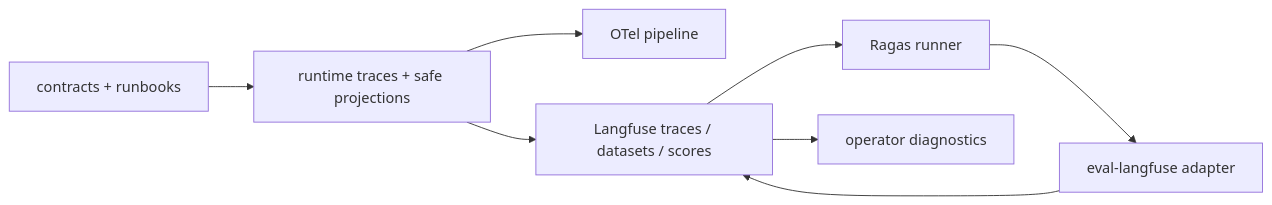
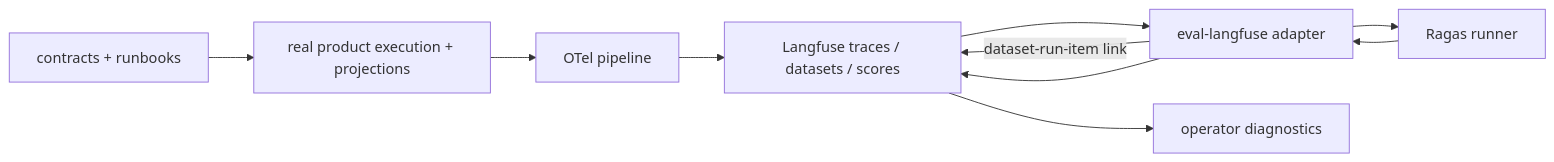
Before and after one commit to Luxfeier22331/campus-agent-main: the fifth of 5 diagrams in docs/architecture/flows.md, drawn with Mermaid. The commit also changed other lines of this file and 885 other files, not shown here.

````diff
--- a/docs/architecture/flows.md
+++ b/docs/architecture/flows.md
@@ -137,18 +137,20 @@
 ```mermaid
 flowchart LR
-  Runtime["runtime traces + safe projections"]
+  Runtime["real product execution + projections"]
   OTel["OTel pipeline"]
   Langfuse["Langfuse traces / datasets / scores"]
   Ragas["Ragas runner"]
   EvalAdapter["eval-langfuse adapter"]
   Operator["operator diagnostics"]
   Docs["contracts + runbooks"]
 
   Runtime --> OTel
-  Runtime --> Langfuse
-  Langfuse --> Ragas
+  OTel --> Langfuse
+  Langfuse --> EvalAdapter
+  EvalAdapter -->|dataset-run-item link| Langfuse
+  EvalAdapter --> Ragas
   Ragas --> EvalAdapter
   EvalAdapter --> Langfuse
   Langfuse --> Operator
   Docs --> Runtime
 ```
````
